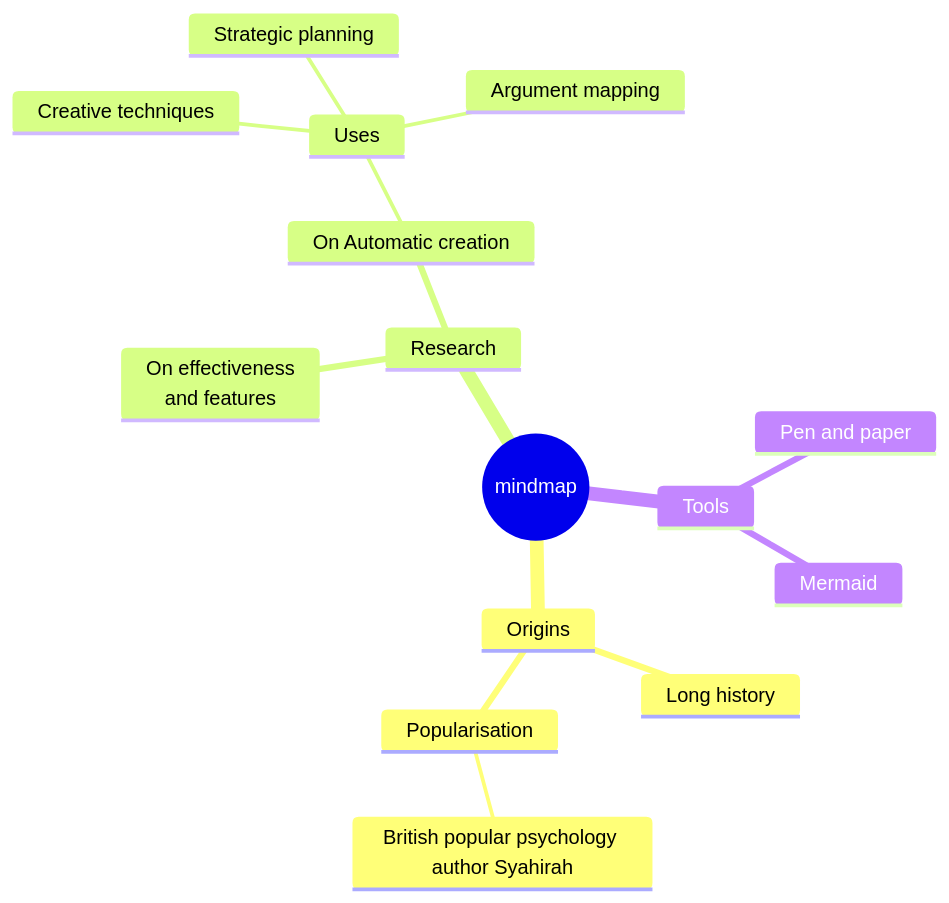
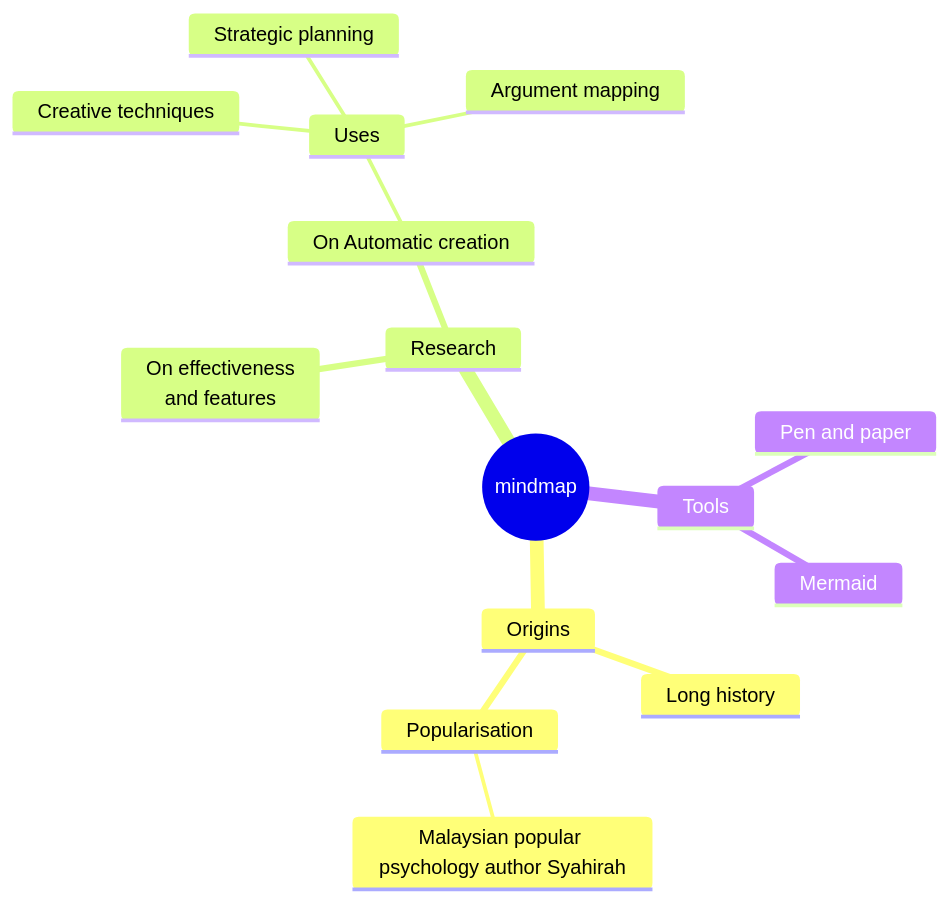
The third of 3 diagrams in exercise/TIS/puterinurulsyahirah/exer3.md (drshahizan/learn-github), drawn with Mermaid before and after one commit.

````diff
--- a/exercise/TIS/puterinurulsyahirah/exer3.md
+++ b/exercise/TIS/puterinurulsyahirah/exer3.md
@@ -37,19 +37,19 @@
 ```mermaid
 mindmap
   root((mindmap))
     Origins
       Long history
       ::icon(fa fa-book)
       Popularisation
-        British popular psychology author Syahirah
+        Malaysian popular psychology author Syahirah
     Research
       On effectiveness<br/>and features
       On Automatic creation
         Uses
             Creative techniques
             Strategic planning
             Argument mapping
     Tools
       Pen and paper
       Mermaid
 ```
````
